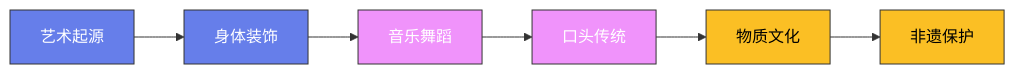
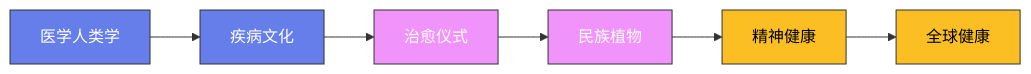
The diagram in content/posts/ModelCreate/人类学/14-发展人类学.md (Fengur/Fengur.github.io), drawn with Mermaid before and after one commit. The commit also changed other lines of this file and 118 other files, not shown here.

````diff
--- a/content/posts/ModelCreate/人类学/14-发展人类学.md
+++ b/content/posts/ModelCreate/人类学/14-发展人类学.md
@@ -21,16 +20,16 @@
 ```mermaid
 graph LR
-    A["艺术起源"] --> B["身体装饰"]
-    B --> C["音乐舞蹈"]
-    C --> D["口头传统"]
-    D --> E["物质文化"]
-    E --> F["非遗保护"]
+    A["医学人类学"] --> B["疾病文化"]
+    B --> C["治愈仪式"]
+    C --> D["民族植物"]
+    D --> E["精神健康"]
+    E --> F["全球健康"]
 
     classDef early fill:#667eea,stroke:#333,color:white
     classDef mid fill:#f093fb,stroke:#333,color:white
     classDef modern fill:#fbbf24,stroke:#333,color:black
 
     class A,B early
     class C,D mid
     class E,F modern
 ```
````
